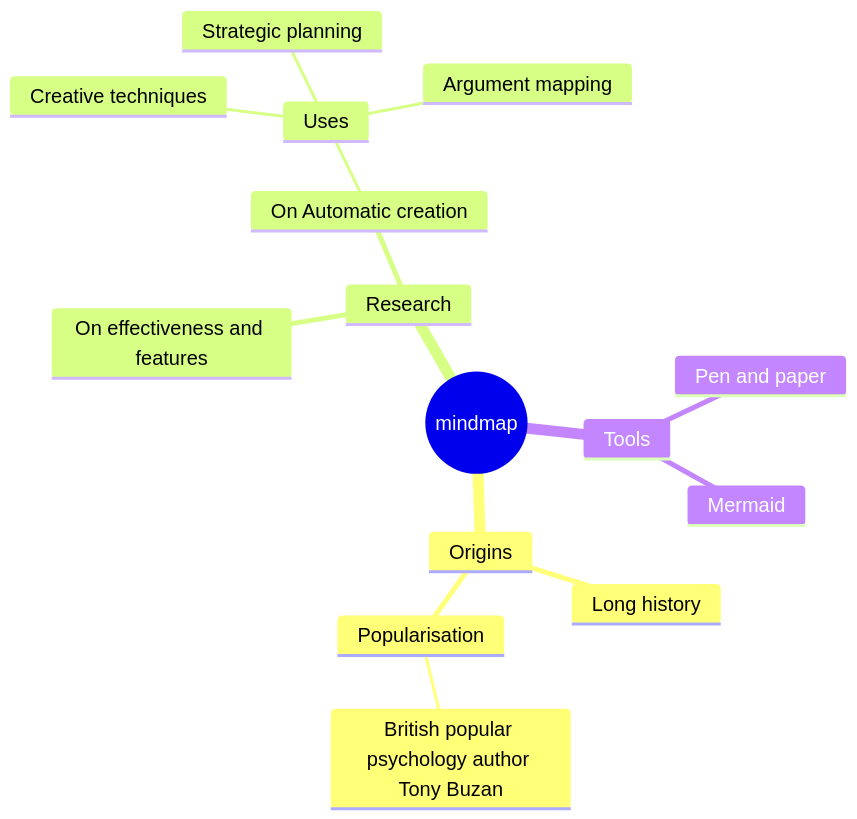
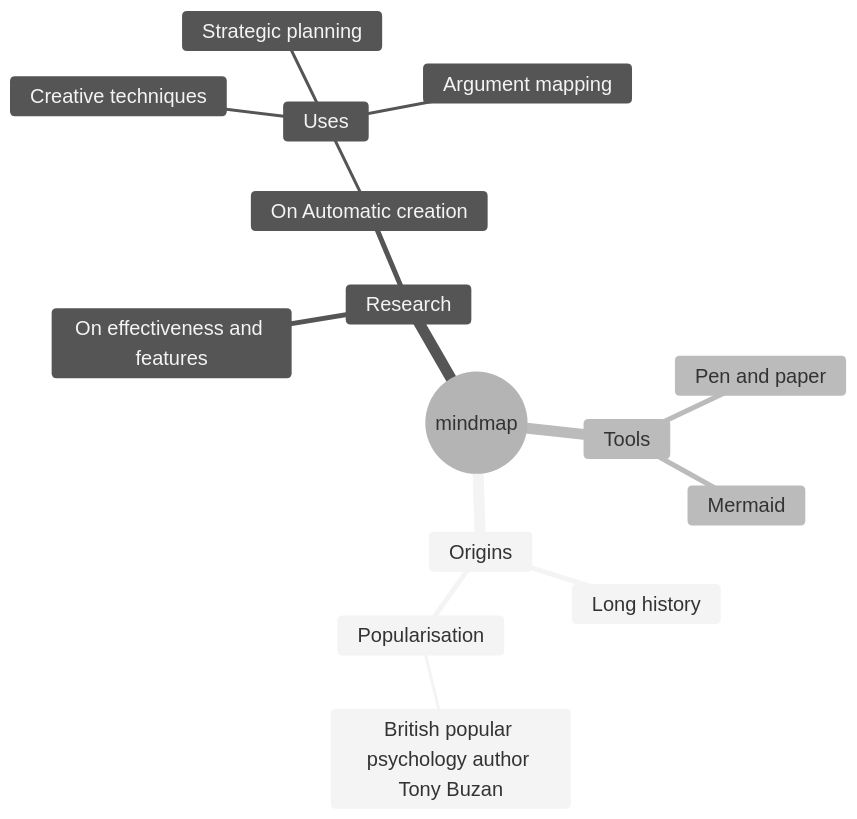
Before and after one commit to alanlivio/md-examples: the diagram in md_to_diagram_using_mermaid/mindmap.mmd, drawn with Mermaid. The commit also changed 3 other files, not shown here.

```diff
--- a/md_to_diagram_using_mermaid/mindmap.mmd
+++ b/md_to_diagram_using_mermaid/mindmap.mmd
@@ -1,19 +1,19 @@
-%%{ init: {"themeVariables": { "fontSize": "20px"}} }%%
+%%{ init: {'theme': 'neutral' , "themeVariables": { "fontSize": "20px"}}}%%
 mindmap
   root((mindmap))
     Origins
       Long history
       ::icon(fa fa-book)
       Popularisation
         British popular psychology author Tony Buzan
         ::icon(fa fa-book)
     Research
       On effectiveness and features
       On Automatic creation
         Uses
             Creative techniques
             Strategic planning
             Argument mapping
     Tools
       Pen and paper
       Mermaid
```
